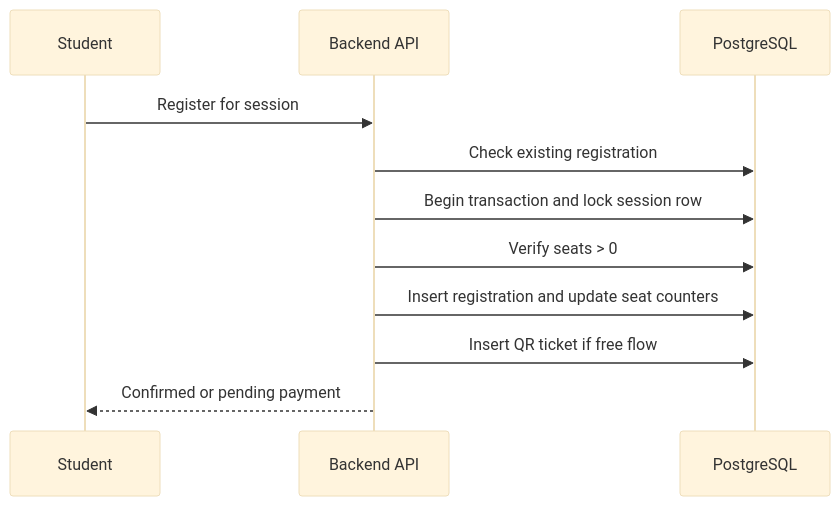
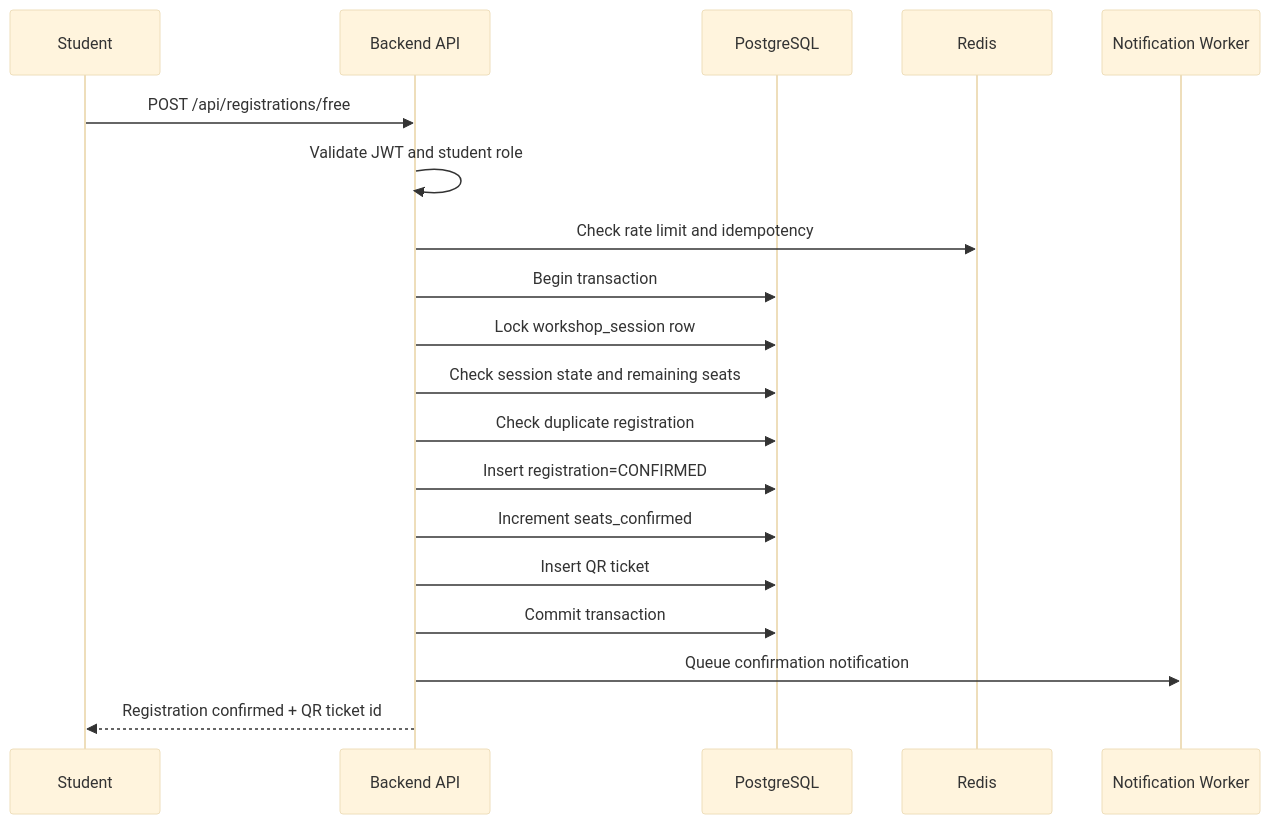
The first of 5 diagrams in blueprint/specs/registration.md (NguyenThanhTien539/unihub-workshop-system), drawn with Mermaid (base theme) before and after one commit. The commit also changed other lines of this file and 8 other files, not shown here.

````diff
--- a/blueprint/specs/registration.md
+++ b/blueprint/specs/registration.md
@@ -25,14 +63,22 @@
 ```mermaid
 sequenceDiagram
     participant S as Student
     participant API as Backend API
     participant DB as PostgreSQL
+    participant Redis as Redis
+    participant N as Notification Worker
 
-    S->>API: Register for session
-    API->>DB: Check existing registration
-    API->>DB: Begin transaction and lock session row
-    API->>DB: Verify seats > 0
-    API->>DB: Insert registration and update seat counters
-    API->>DB: Insert QR ticket if free flow
-    API-->>S: Confirmed or pending payment
+    S->>API: POST /api/registrations/free
+    API->>API: Validate JWT and student role
+    API->>Redis: Check rate limit and idempotency
+    API->>DB: Begin transaction
+    API->>DB: Lock workshop_session row
+    API->>DB: Check session state and remaining seats
+    API->>DB: Check duplicate registration
+    API->>DB: Insert registration=CONFIRMED
+    API->>DB: Increment seats_confirmed
+    API->>DB: Insert QR ticket
+    API->>DB: Commit transaction
+    API->>N: Queue confirmation notification
+    API-->>S: Registration confirmed + QR ticket id
 ```
````
